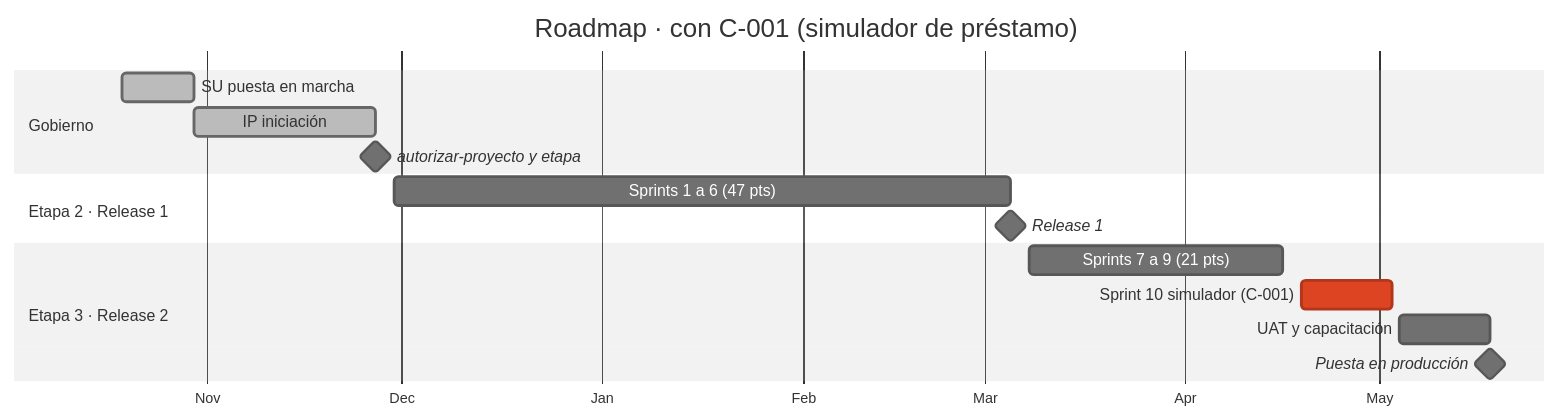
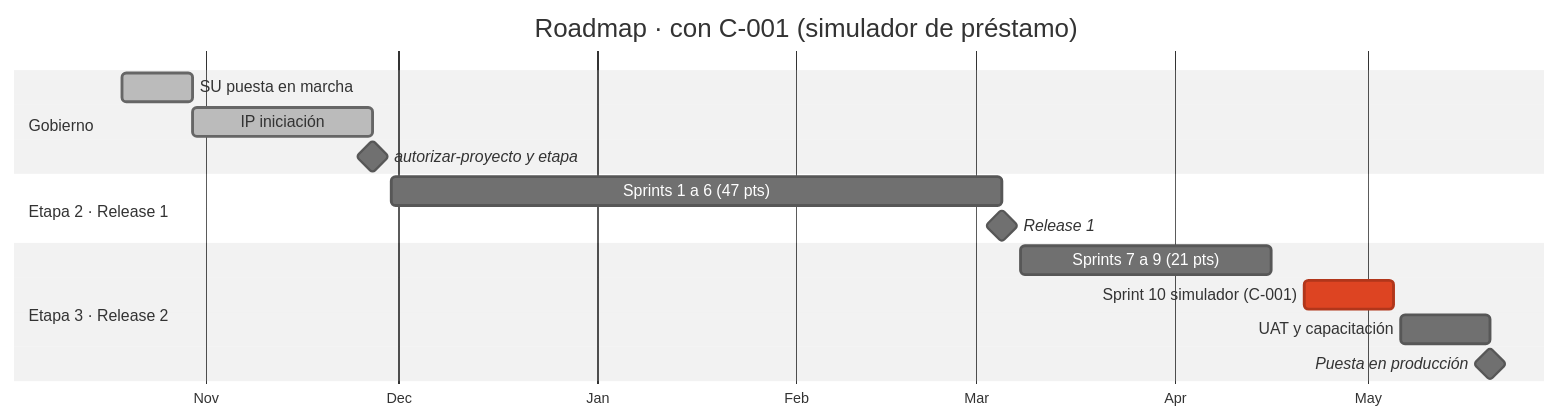
Before and after one commit to Arturo-Penas-Rial/pm-method: the fourth of 6 diagrams in docs/guias/E2E-2-alcance-roadmap.md, drawn with Mermaid (neutral theme). The commit also changed other lines of this file and 284 other files, not shown here.

````diff
--- a/docs/guias/E2E-2-alcance-roadmap.md
+++ b/docs/guias/E2E-2-alcance-roadmap.md
@@ -729,19 +838,19 @@
 ```mermaid
 gantt
     title Roadmap · con C-001 (simulador de préstamo)
     dateFormat YYYY-MM-DD
     axisFormat %b
     todayMarker off
     section Gobierno
     SU puesta en marcha        :done, su, 2026-10-19, 2026-10-30
     IP iniciación              :done, ip, 2026-10-30, 2026-11-27
     autorizar-proyecto y etapa :milestone, m1, 2026-11-27, 0d
     section Etapa 2 · Release 1
     Sprints 1 a 6 (47 pts)     :r1, 2026-11-30, 2027-03-05
     Release 1                  :milestone, m2, 2027-03-05, 0d
     section Etapa 3 · Release 2
     Sprints 7 a 9 (21 pts)     :r2, 2027-03-08, 2027-04-16
-    Sprint 10 simulador (C-001) :crit, s10, 2027-04-19, 2027-05-03
-    UAT y capacitación         :u, 2027-05-04, 2027-05-18
-    Puesta en producción       :milestone, m3, 2027-05-18, 0d
+    Sprint 10 simulador (C-001) :crit, s10, 2027-04-21, 2027-05-05
+    UAT y capacitación         :u, 2027-05-06, 2027-05-20
+    Puesta en producción       :milestone, m3, 2027-05-20, 0d
 ```
````
